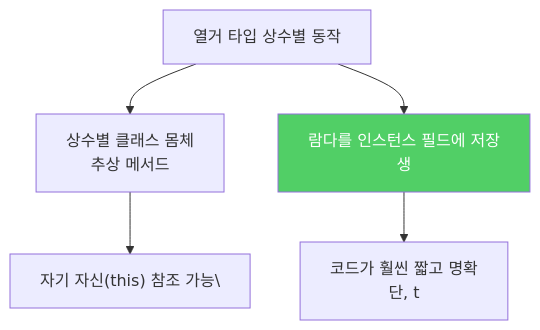
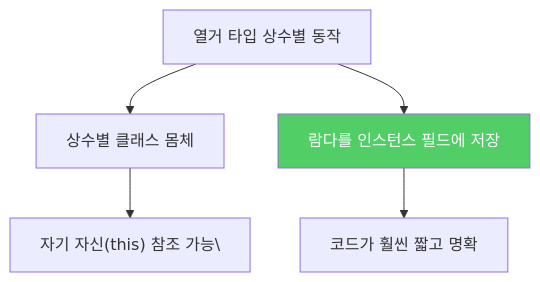
Before and after one commit to yjkim2015/yjkim2015.github.io: the first of 2 diagrams in _posts/java/2022-01-17-effective-java42.md, drawn with Mermaid. The commit also changed other lines of this file and 217 other files, not shown here.

First line of the commit message:
Mermaid 크기 수정: useMaxWidth:true + SVG max-width:100% + 라벨 축소

````diff
--- a/_posts/java/2022-01-17-effective-java42.md
+++ b/_posts/java/2022-01-17-effective-java42.md
@@ -53,8 +53,8 @@
 ```mermaid
 graph TD
-    A["열거 타입 상수별 동작"] --> B["상수별 클래스 몸체\n추상 메서드"]
-    A --> C["람다를 인스턴스 필드에 저장\n생"]
+    A["열거 타입 상수별 동작"] --> B["상수별 클래스 몸체"]
+    A --> C["람다를 인스턴스 필드에 저장"]
     B --> D["자기 자신(this) 참조 가능\"]
-    C --> E["코드가 훨씬 짧고 명확\n단, t"]
+    C --> E["코드가 훨씬 짧고 명확"]
     style C fill:#51cf66,color:#fff
 ```
````
